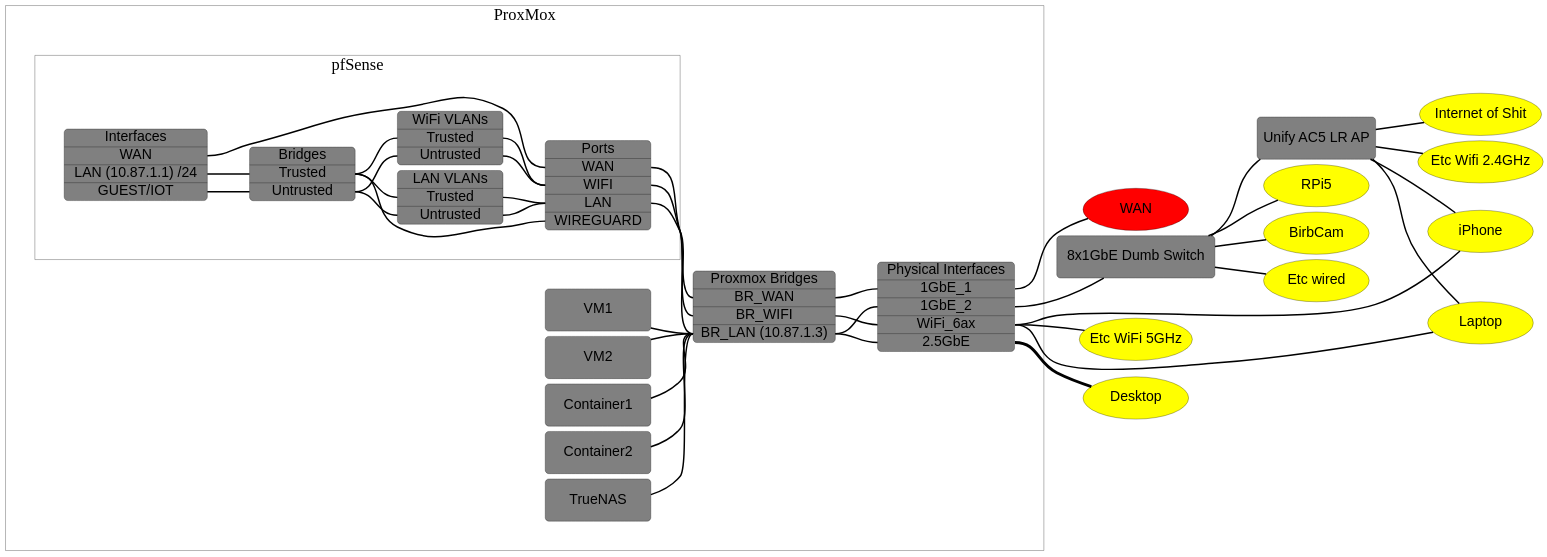
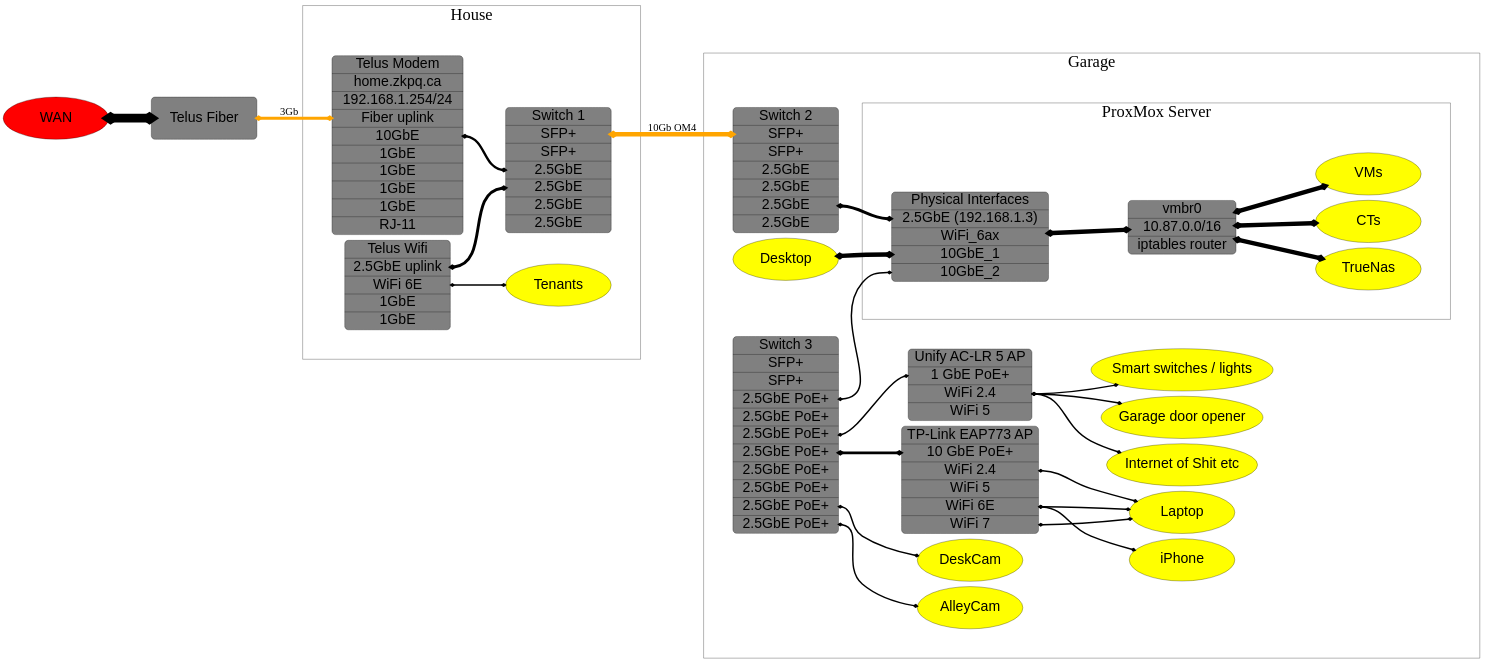
Before and after one commit to Knio/knio: the diagram in config/network/arch.dot, drawn with Graphviz. The commit also changed 12 other files, not shown here.

```diff
--- a/config/network/arch.dot
+++ b/config/network/arch.dot
@@ -1,104 +1,149 @@
 
 graph G {
 rankdir="LR";
 // dpi="200";
 // size="100";
 ranksep="2";
 forcelabels="true";
 
-node [fontsize="48", fontname="Helvetica"];
-node [shape="box", style="rounded,filled", fillcolor="grey", fixedsize="false", width="5", height="2"];
-edge [penwidth="5"]
+node [
+    fontsize="48",
+    fontname="Helvetica",
+    shape="box",
+    style="rounded,filled",
+    fillcolor="grey",
+    fixedsize="false",
+    width="5",
+    height="2"];
+
+edge [
+    penwidth="5",
+    fontsize=36,
+    dir=both
+    arrowhead=diamond,
+    arrowtail=diamond,
+]
 
 
-subgraph cluster_pm {
-    label = "ProxMox"
+WAN [fillcolor="red", shape=oval];
+
+
+subgraph cluster_house {
+    label = "House"
+    fontsize="56"
+    margin=100
+    modem [
+        shape=record
+        label="Telus Modem | home.zkpq.ca | 192.168.1.254/24 | <up>Fiber uplink | <e0>10GbE | <e1>1GbE | <e2>1GbE | <e3>1GbE | <e4>1GbE | RJ-11 "
+    ]
+
+
+
+    telus_wifi [
+        shape=record
+        label="Telus Wifi | <e0>2.5GbE uplink | <w2>WiFi 6E | <e1>1GbE | <e2>1GbE"
+    ]
+
+
+    sw0 [
+        shape=record
+        label="Switch 1 | <s0>SFP+ | <s1>SFP+ | <e0>2.5GbE| <e1>2.5GbE| <e2>2.5GbE| <e3>2.5GbE"
+    ]
+
+    telus_wifi:e0 -- sw0:e1 [penwidth=10]
+
+    Tenants [shape="oval", fillcolor="yellow"]
+    telus_wifi:w2 -- Tenants
+
+}
+
+
+
+subgraph cluster_garage {
+    label = "Garage"
     fontsize="56"
     margin=100
 
-    bridge [
+    sw1 [
         shape=record
-        label = "Proxmox Bridges | <wan>BR_WAN | <wifi>BR_WIFI | <lan>BR_LAN (10.87.1.3)";
+        label="Switch 2 | <s0>SFP+ | <s1>SFP+ | <e0>2.5GbE| <e1>2.5GbE| <e2>2.5GbE| <e3>2.5GbE"
     ]
 
-    interface [
+    // sw3 [
+    //     shape=record
+    //     label="Switch 4 | <i0> 1GbE | <i1> 1GbE | <i2> 1GbE | <i3> 1GbE | <i4> 1GbE | <i5> 1GbE | <i6> 1GbE | <i7> 1GbE"
+    // ]
+
+
+    subgraph cluster_pm {
+        label = "ProxMox Server"
+        fontsize="56"
+        margin=100
+
+
+        interface [
+            shape=record
+            label = "Physical Interfaces | <g25>2.5GbE (192.168.1.3) | <wifi>WiFi_6ax | <i0>10GbE_1 | <i1>10GbE_2";
+
+        ]
+
+        vmbr0 [
+            shape = record
+            label="vmbr0 | 10.87.0.0/16 | iptables router "
+        ]
+
+        edge [penwidth=15]
+        interface -- vmbr0
+
+        node [shape="oval", fillcolor="yellow"]
+        vmbr0 -- TrueNas
+        vmbr0 -- CTs
+        vmbr0 -- VMs
+
+    }
+
+    sw2 [
         shape=record
-        label = "Physical Interfaces | <g0>1GbE_1 | <g1>1GbE_2 | <wifi>WiFi_6ax | <g25>2.5GbE";
-
+        label="Switch 3 | <s0>SFP+ | <s1>SFP+ | <e0>2.5GbE PoE+ | <e1>2.5GbE PoE+ | <e2>2.5GbE PoE+ | <e3>2.5GbE PoE+ | <e4>2.5GbE PoE+ | <e5>2.5GbE PoE+ | <e6>2.5GbE PoE+ | <e7>2.5GbE PoE+"
     ]
 
-    bridge:wan  -- interface:g0;
-    bridge:wifi -- interface:wifi;
-    bridge:lan  -- interface:g1;
-    bridge:lan  -- interface:g25;
 
-    subgraph cluster_pf {
-        label = "pfSense"
-        pf_if [
-            shape=record
-            label = "Interfaces | <wan>WAN  | <lan>LAN (10.87.1.1) /24  | <lan_ut>GUEST/IOT";
-        ]
-        pf_bridge [
-            shape=record
-            label="Bridges | <tr>Trusted | <ut>Untrusted"
-        ]
-        pf_lan_vlan [
-            shape=record
-            label="LAN VLANs | <tr>Trusted | <ut>Untrusted"
-        ]
-        pf_wifi_vlan [
-            shape=record
-            label="WiFi VLANs | <tr>Trusted | <ut>Untrusted"
-        ]
-        pf_port [
-            shape=record
-            label = "Ports | <wan>WAN | <wifi>WIFI  | <lan>LAN | <wg>WIREGUARD";
-        ]
-        pf_if:wan -- pf_port:wan
+    tp_ap [
+        shape=record
+        label = "TP-Link EAP773 AP | <up>10 GbE PoE+ | <w2>WiFi 2.4 | <w5>WiFi 5 | <w6>WiFi 6E | <w7>WiFi 7"
+    ]
+    ubnt_ap [
+        shape=record
+        label = "Unify AC-LR 5 AP | <up>1 GbE PoE+ | <w2>WiFi 2.4 | <w5>WiFi 5"
+    ]
 
-        pf_if:lan -- pf_bridge:tr
-        pf_if:lan_ut -- pf_bridge:ut
-        pf_bridge:tr -- pf_lan_vlan:tr
-        pf_bridge:ut -- pf_lan_vlan:ut
-        pf_bridge:tr -- pf_wifi_vlan:tr
-        pf_bridge:ut -- pf_wifi_vlan:ut
+    node [shape="oval", fillcolor="yellow"]
+
+    sw2:e3 -- tp_ap:up [penwidth=10]
+
+    tp_ap:w6 -- {Laptop; iPhone}
+    tp_ap:w2 -- {Laptop}
+    tp_ap:w7 -- {Laptop}
+
+    sw2:e2 -- ubnt_ap:up
+    ubnt_ap:w2 -- {"Garage door opener"; "Smart switches / lights"; "Internet of Shit etc"}
+
+    sw2:e7 -- AlleyCam
+    sw2:e6 -- DeskCam
 
 
-        pf_lan_vlan:tr -- pf_port:lan
-        pf_lan_vlan:ut -- pf_port:lan
-        pf_wifi_vlan:tr -- pf_port:wifi
-        pf_wifi_vlan:ut -- pf_port:wifi
-        pf_port:wg -- pf_bridge:tr
-
-    }
-    /*
-    pf_if:wan -- bridge:wan
-    pf_if:lan -- bridge:lan
-    pf_if:wifi -- bridge:wifi
-    // */
-    pf_port:wan -- bridge:wan
-    pf_port:lan -- bridge:lan
-    pf_port:wifi -- bridge:wifi
-
-    TrueNAS -- bridge:lan
-    VM1 -- bridge:lan
-    VM2 -- bridge:lan
-    Container1 -- bridge:lan
-    Container2 -- bridge:lan
-
+    Desktop -- interface:i0 [penwidth=15]
+    sw2:e0 -- interface:i1
 
 
 }
 
-"8x1GbE Dumb Switch";
-"Unify AC5 LR AP"
-node [shape="oval", fillcolor="yellow"]
-interface:g0 -- WAN;
-WAN [fillcolor="red"];
-interface:g1 -- "8x1GbE Dumb Switch":west -- { RPi5; BirbCam; "Etc wired"; "Unify AC5 LR AP" };
 
-"Unify AC5 LR AP" -- {Laptop; iPhone; "Internet of Shit"; "Etc Wifi 2.4GHz"}
-interface:wifi -- {Laptop; iPhone; "Etc WiFi 5GHz"}
-interface:g25 -- Desktop [penwidth=10]
+WAN -- "Telus Fiber" [penwidth=30]
+"Telus Fiber" -- modem:up [color=orange, penwidth=10, label="3Gb"]
+modem:e0 -- sw0:e0 [penwidth=8]
+sw0:s0 -- sw1:s0 [color=orange, penwidth=15, label="10Gb OM4"]
+sw1:e2 -- interface:g25 [penwidth=10]
+
 
 }
```
